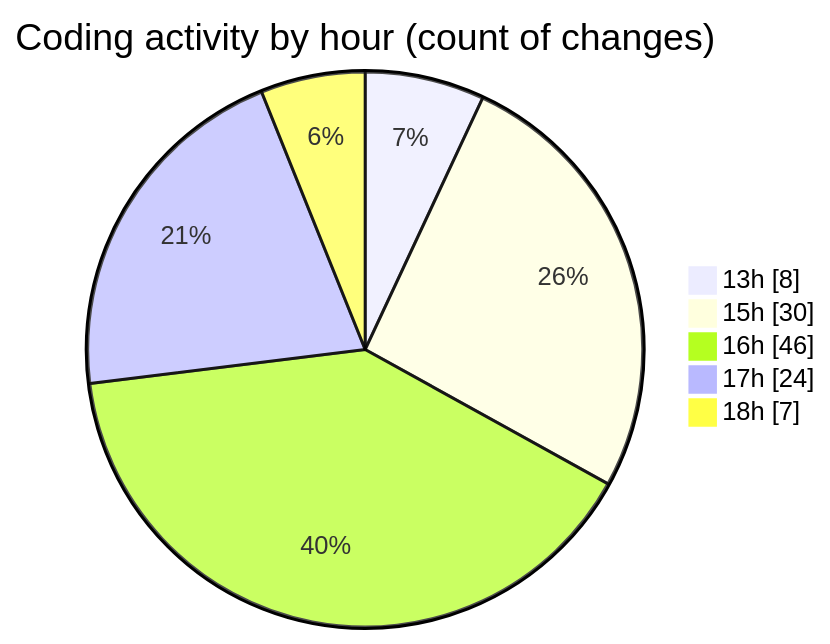
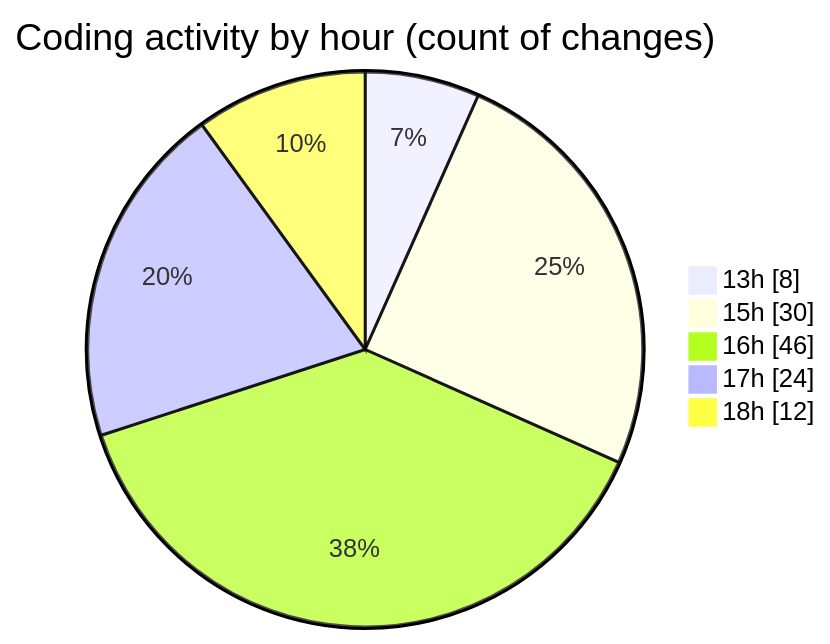
One commit to nxtqubesakshisongat/code-tracking changed the second of 2 diagrams in 2025-04-08/nxtqube_webapp/README.md. Above: the diagram before and after it, drawn with Mermaid. The commit also changed other lines of this file and 1 other file, not shown here.

````diff
--- a/2025-04-08/nxtqube_webapp/README.md
+++ b/2025-04-08/nxtqube_webapp/README.md
@@ -33,9 +33,9 @@
 ```mermaid
 pie showData
 title Coding activity by hour (count of changes)
 "13h" : 8
 "15h" : 30
 "16h" : 46
 "17h" : 24
-"18h" : 7
+"18h" : 12
 ```
````
